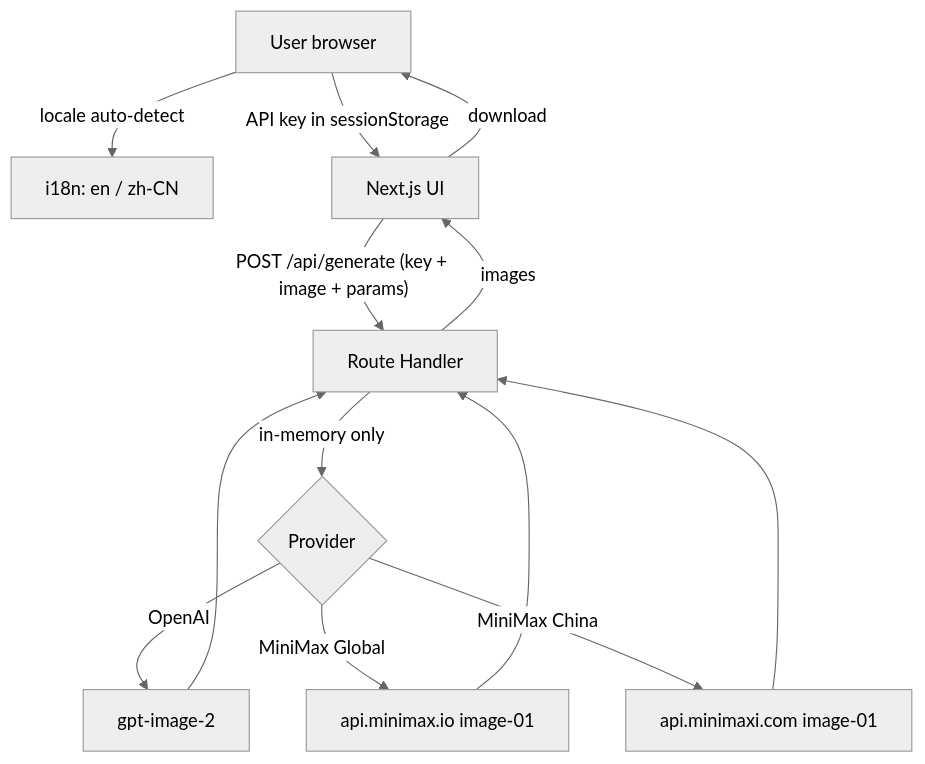
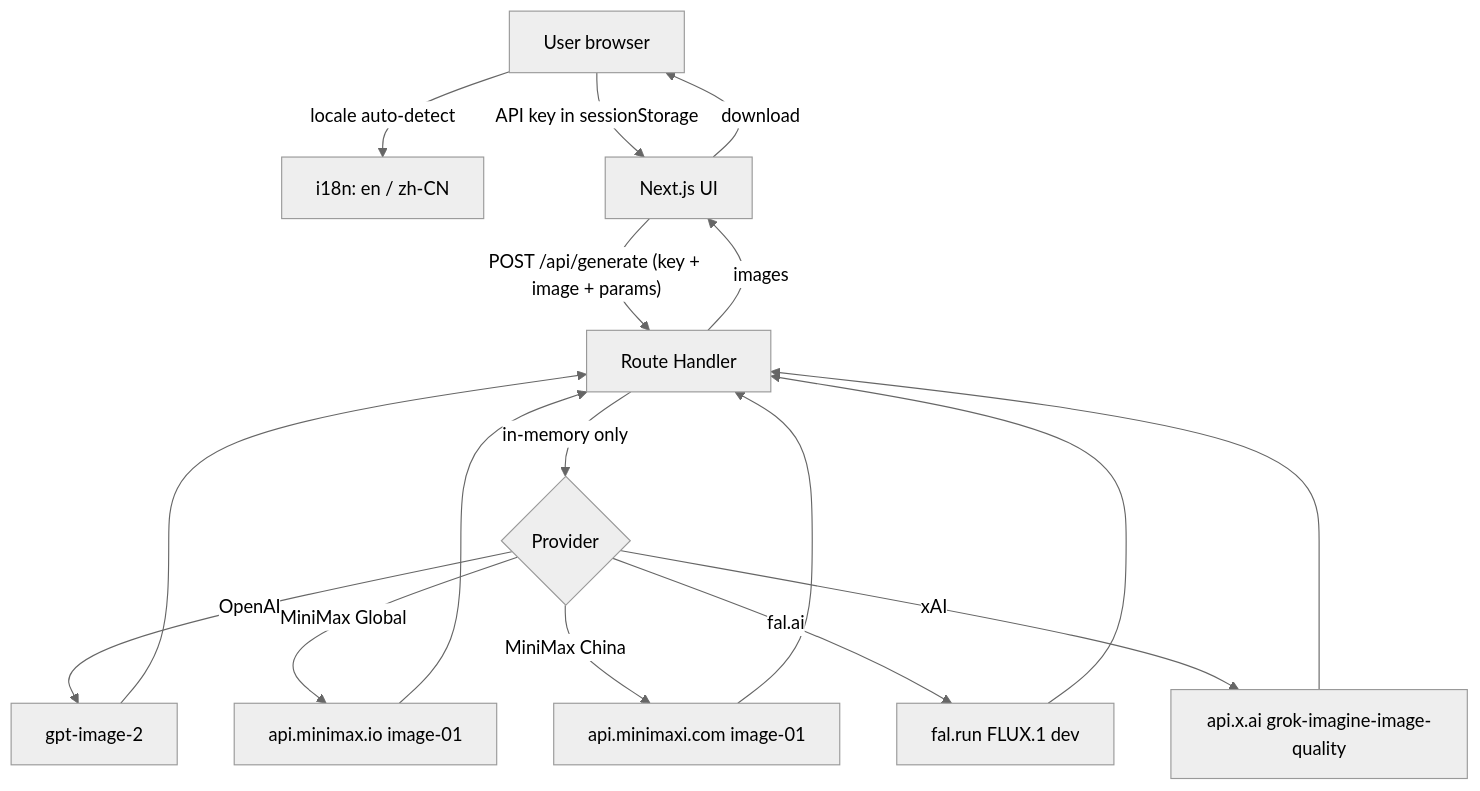
One commit to simi-studio/avatar changed the first of 3 diagrams in docs/architecture.md. Above: the diagram before and after it, drawn with Mermaid (neutral theme). The commit also changed other lines of this file and 20 other files, not shown here.

First line of the commit message:
feat(provider): add xAI Grok Imagine as a BYOK image provider

````diff
--- a/docs/architecture.md
+++ b/docs/architecture.md
@@ -15,15 +15,19 @@
 ```mermaid
 flowchart TD
   U[User browser] -->|locale auto-detect| I18N[i18n: en / zh-CN]
   U -->|API key in sessionStorage| FE[Next.js UI]
   FE -->|"POST /api/generate (key + image + params)"| API[Route Handler]
   API -->|in-memory only| PROV{Provider}
   PROV -->|OpenAI| OAI[gpt-image-2]
   PROV -->|MiniMax Global| MMG[api.minimax.io image-01]
   PROV -->|MiniMax China| MMC[api.minimaxi.com image-01]
+  PROV -->|fal.ai| FAL[fal.run FLUX.1 dev]
+  PROV -->|xAI| XAI[api.x.ai grok-imagine-image-quality]
   OAI --> API
   MMG --> API
   MMC --> API
+  FAL --> API
+  XAI --> API
   API -->|images| FE
   FE -->|download| U
 ```
````
